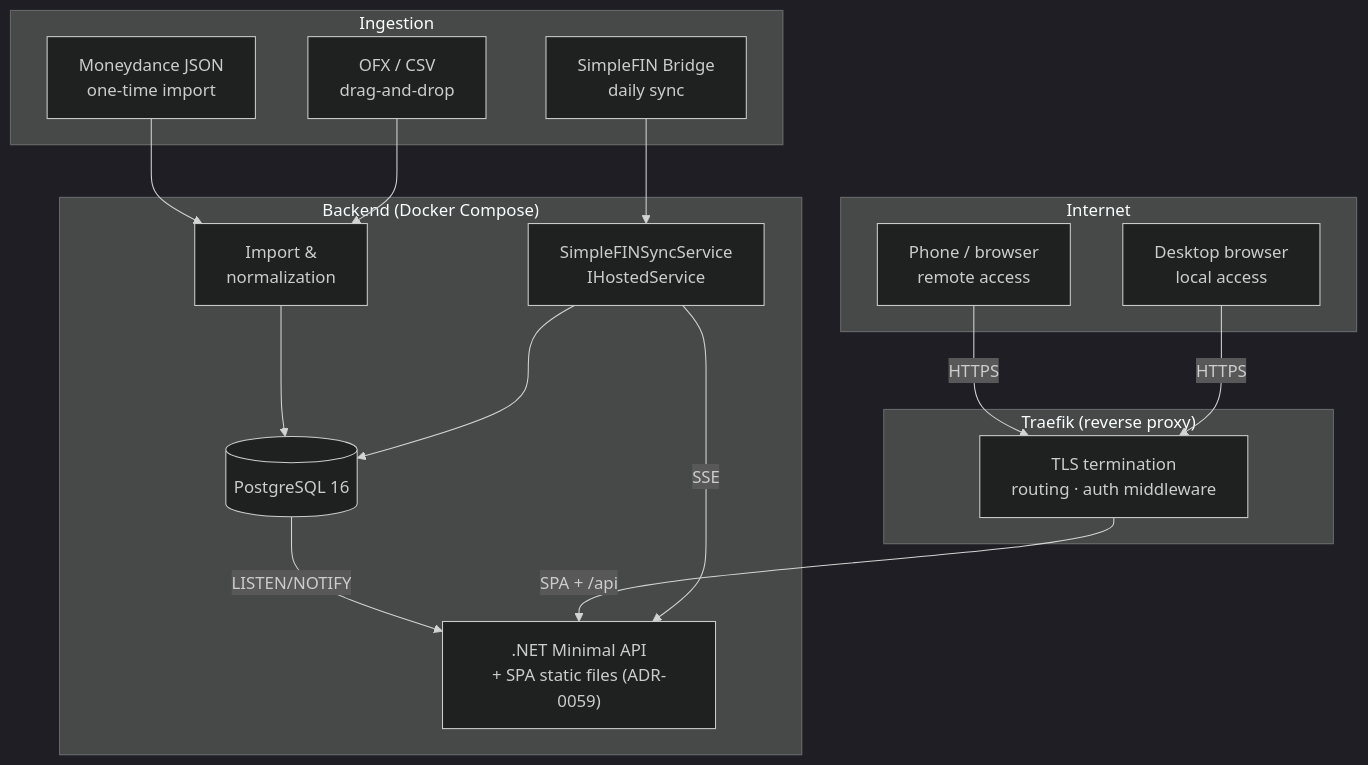
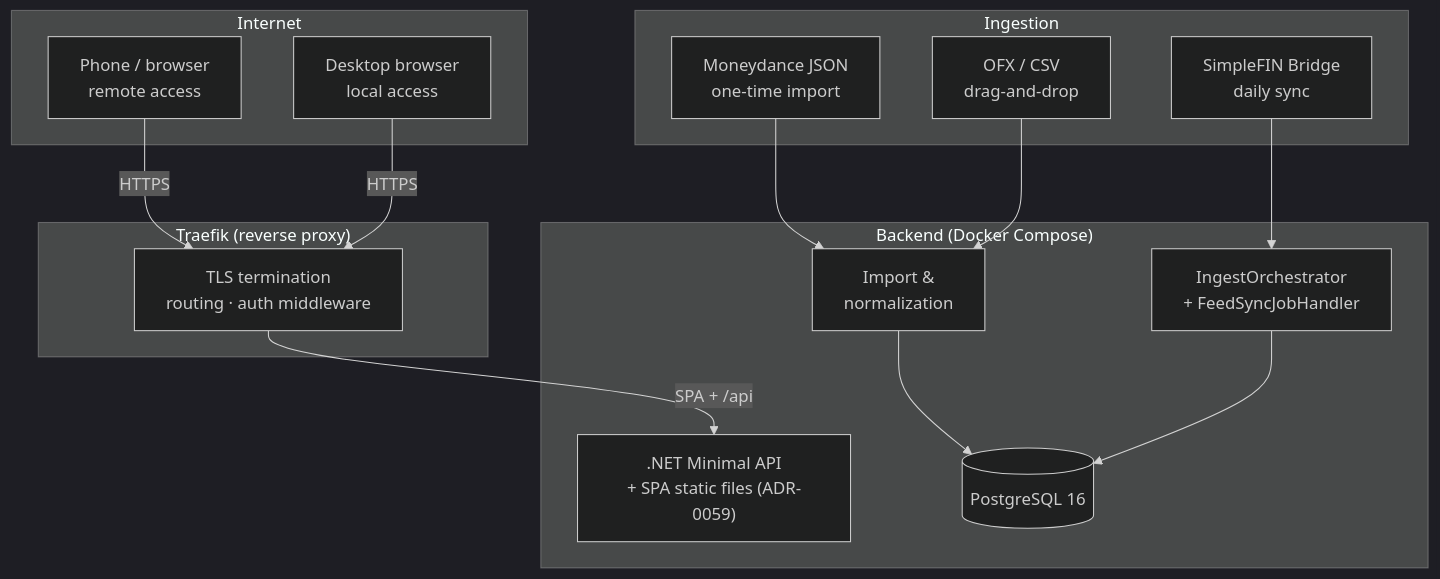
One commit to strongboxlabs/coffer changed the first of 8 diagrams in docs/architecture.md. Above: the diagram before and after it, drawn with Mermaid (dark theme). The commit also changed other lines of this file and 82 other files, not shown here.

````diff
--- a/docs/architecture.md
+++ b/docs/architecture.md
@@ -69,35 +69,33 @@
 ```mermaid
 flowchart TD
     subgraph Internet
         PHONE[Phone / browser\nremote access]
         PC[Desktop browser\nlocal access]
     end
 
     subgraph Proxy ["Traefik (reverse proxy)"]
         TR[TLS termination\nrouting · auth middleware]
     end
 
     subgraph Backend ["Backend (Docker Compose)"]
         IMP[Import &\nnormalization]
         API[".NET Minimal API\n+ SPA static files (ADR-0059)"]
-        SYNC[SimpleFINSyncService\nIHostedService]
+        SYNC[IngestOrchestrator\n+ FeedSyncJobHandler]
         PG[(PostgreSQL 16)]
-        PG -->|LISTEN/NOTIFY| API
     end
 
     subgraph Ingestion
         MD[Moneydance JSON\none-time import]
         SF[SimpleFIN Bridge\ndaily sync]
         CSV[OFX / CSV\ndrag-and-drop]
     end
 
     PHONE -->|HTTPS| TR
     PC -->|HTTPS| TR
     TR -->|SPA + /api| API
     MD --> IMP
     CSV --> IMP
     SF --> SYNC
     IMP --> PG
     SYNC --> PG
-    SYNC -->|SSE| API
 ```
````
